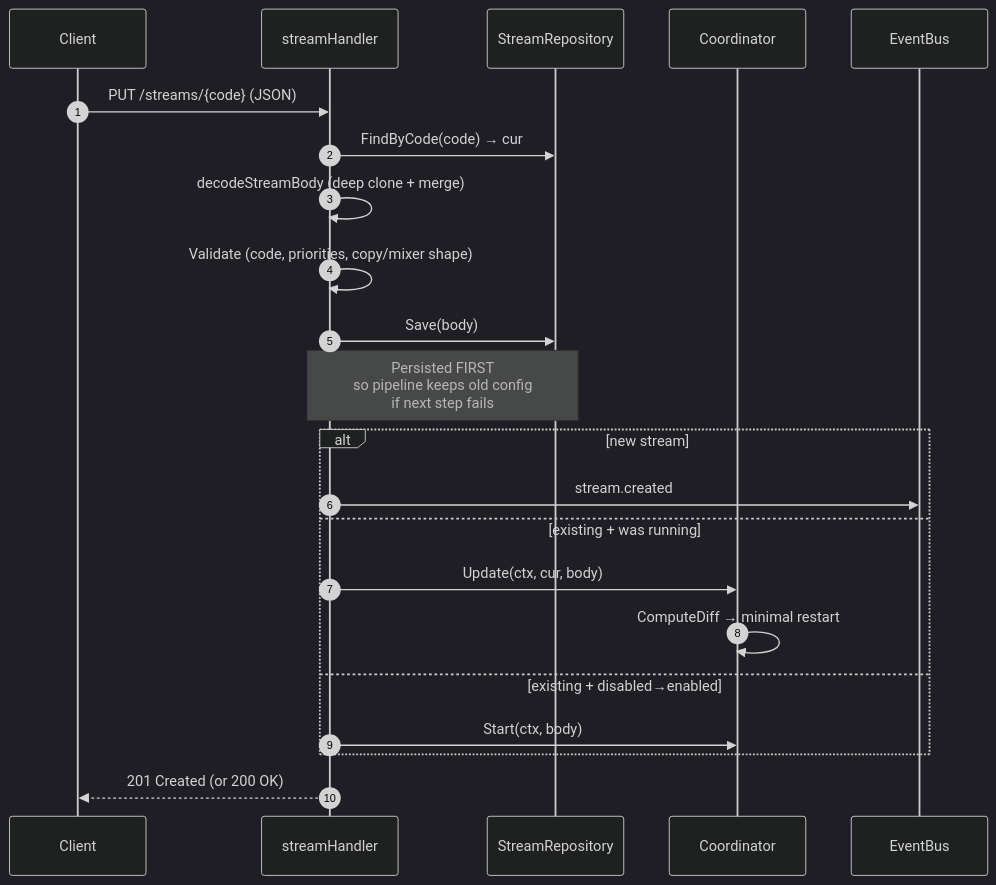
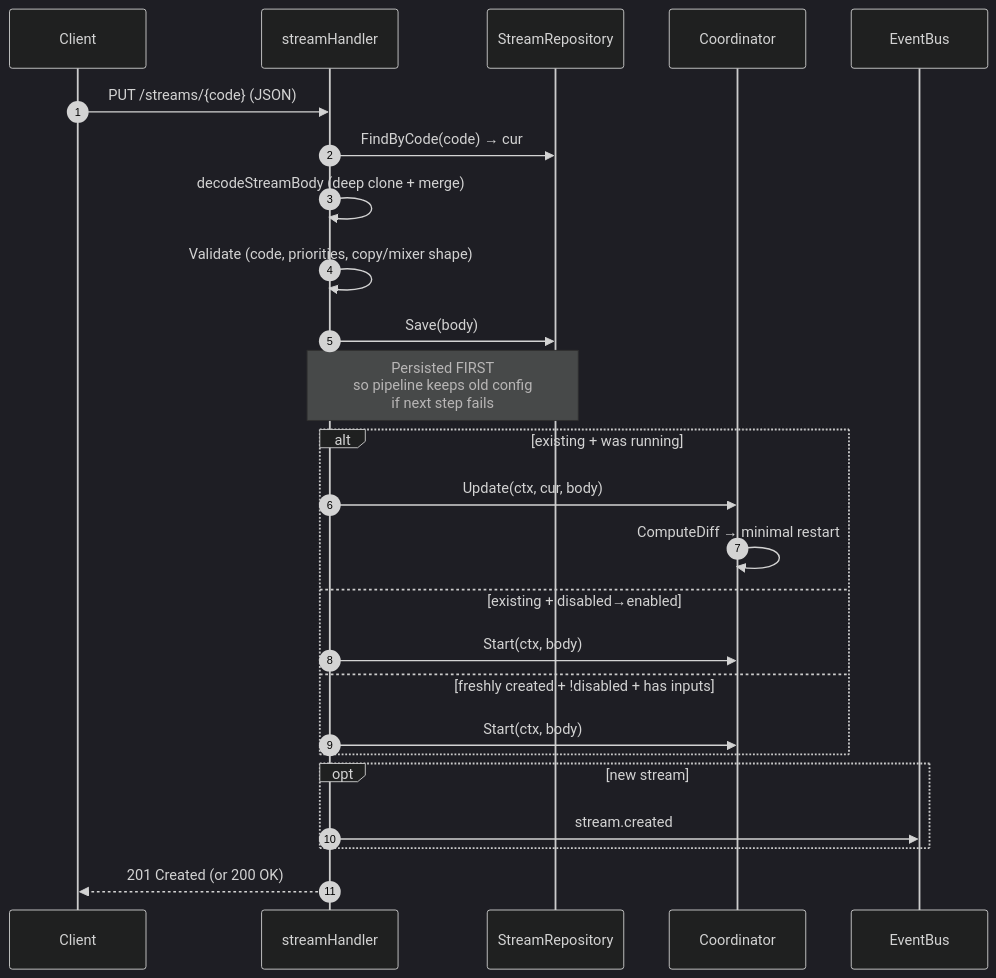
Before and after one commit to ntthuan060102github/Open-Streamer: the second of 10 diagrams in docs/APP_FLOW.md, drawn with Mermaid (dark theme). The commit also changed other lines of this file and 5 other files, not shown here.

````diff
--- a/docs/APP_FLOW.md
+++ b/docs/APP_FLOW.md
@@ -91,27 +100,30 @@
 ```mermaid
 sequenceDiagram
     autonumber
     participant Client
     participant API as streamHandler
     participant Repo as StreamRepository
     participant Coord as Coordinator
     participant Bus as EventBus
 
     Client->>API: PUT /streams/{code} (JSON)
     API->>Repo: FindByCode(code) → cur
     API->>API: decodeStreamBody (deep clone + merge)
     API->>API: Validate (code, priorities, copy/mixer shape)
     API->>Repo: Save(body)
     Note over API,Repo: Persisted FIRST<br/>so pipeline keeps old config<br/>if next step fails
 
-    alt new stream
-        API->>Bus: stream.created
-    else existing + was running
+    alt existing + was running
         API->>Coord: Update(ctx, cur, body)
         Coord->>Coord: ComputeDiff → minimal restart
     else existing + disabled→enabled
         API->>Coord: Start(ctx, body)
+    else freshly created + !disabled + has inputs
+        API->>Coord: Start(ctx, body)
+    end
+    opt new stream
+        API->>Bus: stream.created
     end
 
     API-->>Client: 201 Created (or 200 OK)
 ```
````
